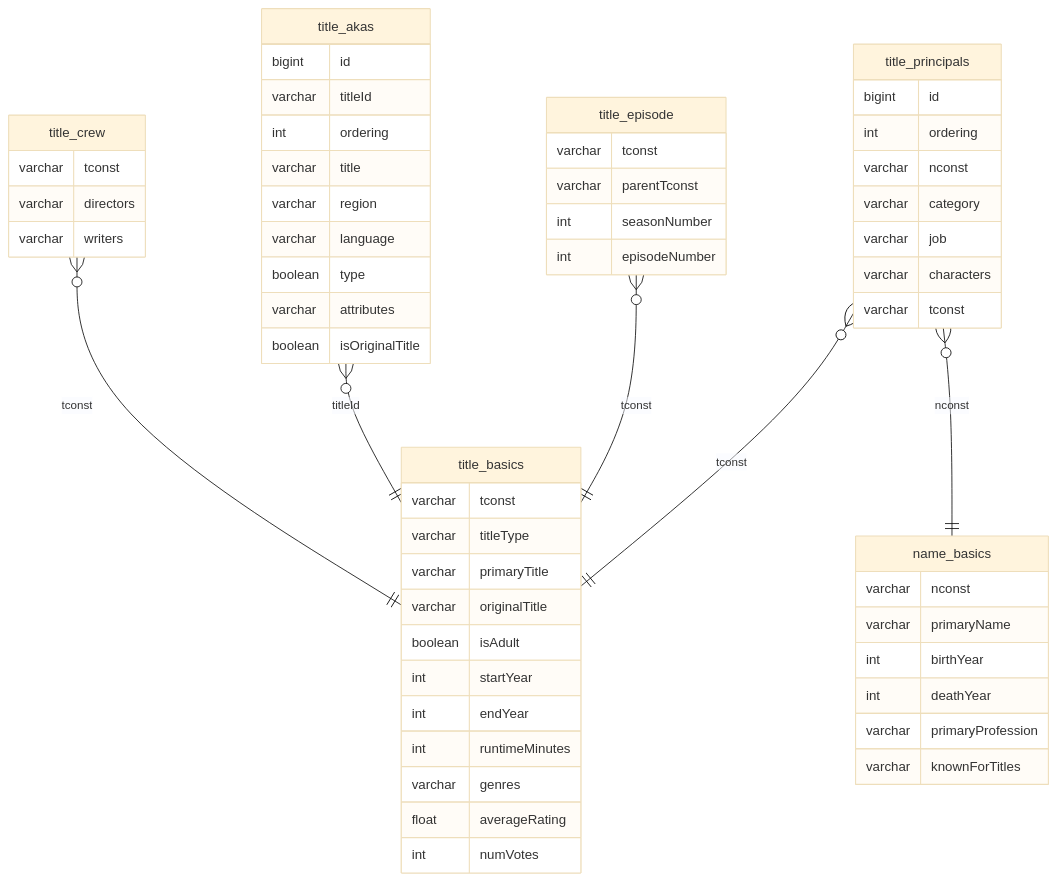
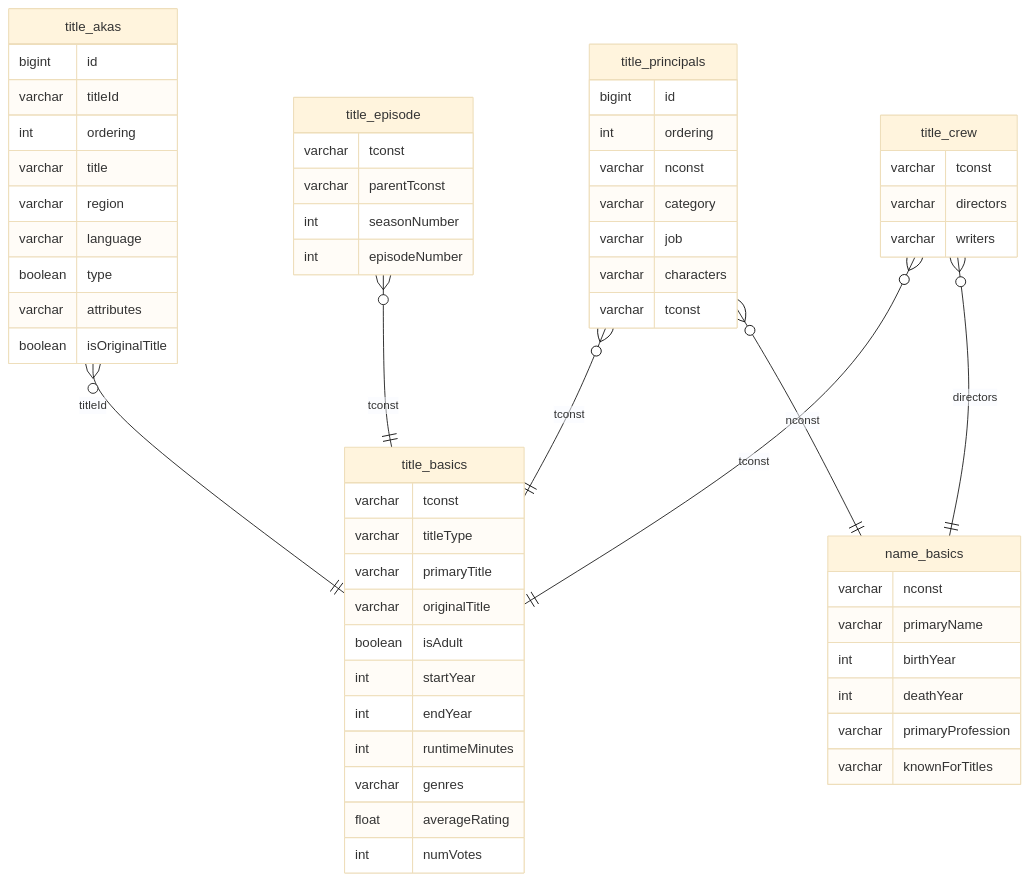
One commit to MelodyDuplaix/Netfloox_g0_JohnBondouxDuplaix changed the diagram in README.md. Above: the diagram before and after it, drawn with Mermaid (base theme).

Commit message:
Docs: Change the MCD

````diff
--- a/README.md
+++ b/README.md
@@ -67,61 +67,62 @@
 ```mermaid
 erDiagram
+    title_akas }o--|| title_basics : titleId
+    title_akas {
+        bigint id
+        varchar titleId
+        int ordering
+        varchar title
+        varchar region
+        varchar language
+        boolean type
+        varchar attributes
+        boolean isOriginalTitle
+    }
     title_basics {
         varchar tconst
         varchar titleType
         varchar primaryTitle
         varchar originalTitle
         boolean isAdult
         int startYear
         int endYear
         int runtimeMinutes
         varchar genres
         float averageRating
         int numVotes
     }
     title_principals }o--|| title_basics : tconst
     title_principals {
         bigint id
         int ordering
         varchar nconst
         varchar category
         varchar job
         varchar characters
         varchar tconst
     }
+    title_episode }o--|| title_basics : tconst
+    title_episode {
+        varchar tconst
+        varchar parentTconst
+        int seasonNumber
+        int episodeNumber
+    }
+    title_crew }o--|| title_basics : tconst
+    title_crew }o--|| name_basics : directors
+    title_crew {
+        varchar tconst
+        varchar directors
+        varchar writers
+    }
     title_principals }o--|| name_basics : nconst
     name_basics {
         varchar nconst
         varchar primaryName
         int birthYear
         int deathYear
         varchar primaryProfession
         varchar knownForTitles
     }
-    title_episode }o--|| title_basics : tconst
-    title_episode {
-        varchar tconst
-        varchar parentTconst
-        int seasonNumber
-        int episodeNumber
-    }
-    title_akas }o--|| title_basics : titleId
-    title_akas {
-        bigint id
-        varchar titleId
-        int ordering
-        varchar title
-        varchar region
-        varchar language
-        boolean type
-        varchar attributes
-        boolean isOriginalTitle
-    }
-    title_crew }o--|| title_basics : tconst
-    title_crew {
-        varchar tconst
-        varchar directors
-        varchar writers
-    }
 
 ```
````
